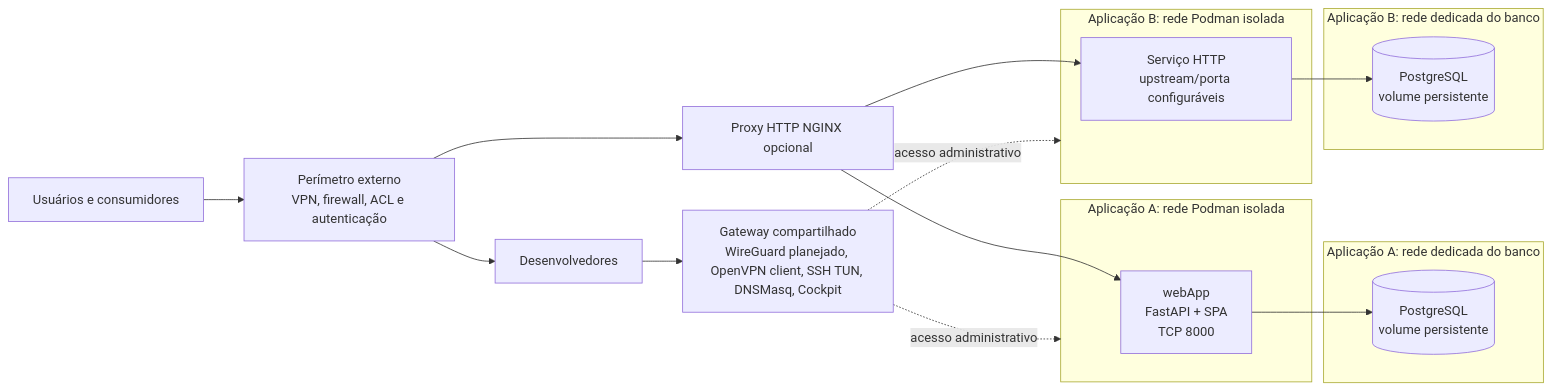
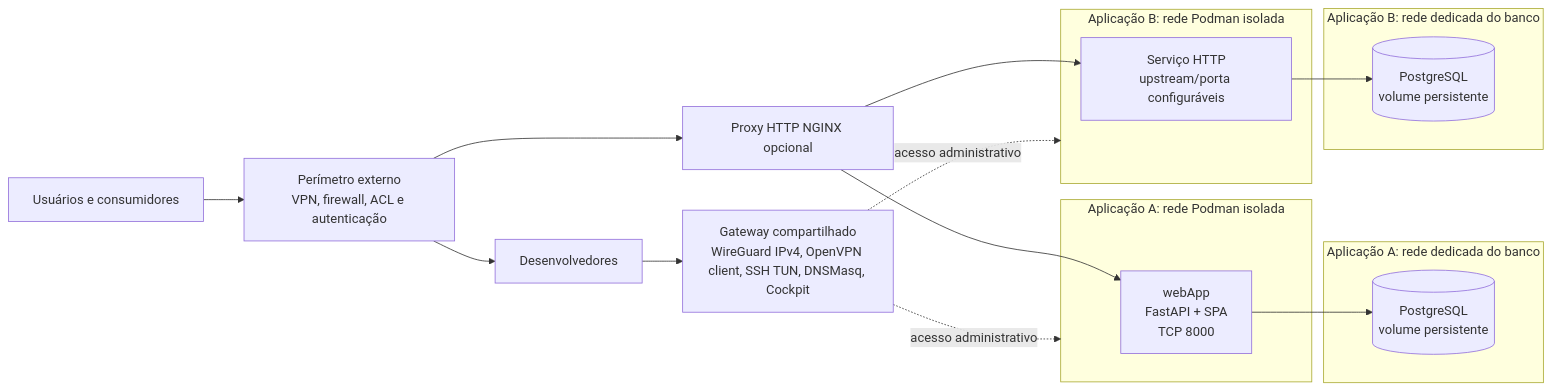
One commit to FSLobao/webAppBoilerPlate changed the diagram in README.md. Above: the diagram before and after it, drawn with Mermaid. The commit also changed other lines of this file and 29 other files, not shown here.

Commit message:
feat(tests): ✨ Add WireGuard configuration tests and validation - Update DNS names in existing tests - Implement tests for WireGuard server key path resolution - Validate WireGuard configuration inputs and peer lifecycle - Ensure fail-stop marker functionality and error handling

````diff
--- a/README.md
+++ b/README.md
@@ -47,30 +46,30 @@
 ```mermaid
 flowchart LR
     S[Perímetro externo<br/>VPN, firewall, ACL e autenticação]
     D[Desenvolvedores]
     U[Usuários e consumidores]
-    DG[Gateway compartilhado<br/>WireGuard planejado, OpenVPN client, SSH TUN, DNSMasq, Cockpit]
+    DG[Gateway compartilhado<br/>WireGuard IPv4, OpenVPN client, SSH TUN, DNSMasq, Cockpit]
     HP[Proxy HTTP NGINX opcional]
     subgraph A[Aplicação A: rede Podman isolada]
         ABE[webApp<br/>FastAPI + SPA<br/>TCP 8000]
     end
     subgraph AD[Aplicação A: rede dedicada do banco]
         ADB[(PostgreSQL<br/>volume persistente)]
     end
     subgraph B[Aplicação B: rede Podman isolada]
         BBE[Serviço HTTP<br/>upstream/porta configuráveis]
     end
     subgraph BD[Aplicação B: rede dedicada do banco]
         BDB[(PostgreSQL<br/>volume persistente)]
     end
     S --> D
     U --> S
     D --> DG
     S --> HP
     DG -. acesso administrativo .-> A
     DG -. acesso administrativo .-> B
     HP --> ABE
     HP --> BBE
     ABE --> ADB
     BBE --> BDB
 ```
````
